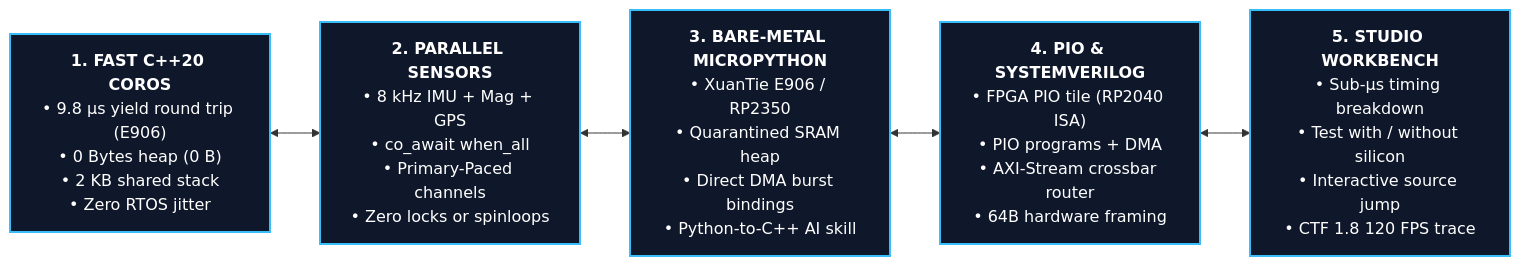
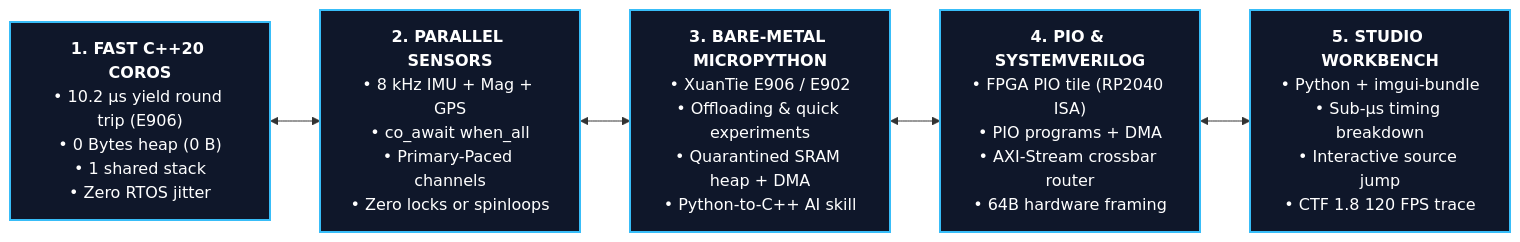
Before and after one commit to tcmichals/AbstractX: the diagram in README.md, drawn with Mermaid. The commit also changed other lines of this file and 10 other files, not shown here.

Commit message:
fix(io_engine,e906,docs): re-arm DMA_CFG SETUP, fix TWI ASan OOB, and align auto-DMA/PIO/Studio docs

````diff
--- a/README.md
+++ b/README.md
@@ -66,12 +66,12 @@
 ```mermaid
 flowchart LR
-    A["<b>1. FAST C++20 COROS</b><br/>• 9.8 µs yield round trip (E906)<br/>• 0 Bytes heap (0 B)<br/>• 2 KB shared stack<br/>• Zero RTOS jitter"]
+    A["<b>1. FAST C++20 COROS</b><br/>• 10.2 µs yield round trip (E906)<br/>• 0 Bytes heap (0 B)<br/>• 1 shared stack<br/>• Zero RTOS jitter"]
     B["<b>2. PARALLEL SENSORS</b><br/>• 8 kHz IMU + Mag + GPS<br/>• co_await when_all<br/>• Primary-Paced channels<br/>• Zero locks or spinloops"]
-    C["<b>3. BARE-METAL MICROPYTHON</b><br/>• XuanTie E906 / RP2350<br/>• Quarantined SRAM heap<br/>• Direct DMA burst bindings<br/>• Python-to-C++ AI skill"]
+    C["<b>3. BARE-METAL MICROPYTHON</b><br/>• XuanTie E906 / E902<br/>• Offloading & quick experiments<br/>• Quarantined SRAM heap + DMA<br/>• Python-to-C++ AI skill"]
     D["<b>4. PIO & SYSTEMVERILOG</b><br/>• FPGA PIO tile (RP2040 ISA)<br/>• PIO programs + DMA<br/>• AXI-Stream crossbar router<br/>• 64B hardware framing"]
-    E["<b>5. STUDIO WORKBENCH</b><br/>• Sub-µs timing breakdown<br/>• Test with / without silicon<br/>• Interactive source jump<br/>• CTF 1.8 120 FPS trace"]
+    E["<b>5. STUDIO WORKBENCH</b><br/>• Python + imgui-bundle<br/>• Sub-µs timing breakdown<br/>• Interactive source jump<br/>• CTF 1.8 120 FPS trace"]
 
     A <--> B <--> C <--> D <--> E
     classDef col fill:#0f172a,stroke:#38bdf8,stroke-width:2px,color:#ffffff;
     class A,B,C,D,E col;
 ```
````
